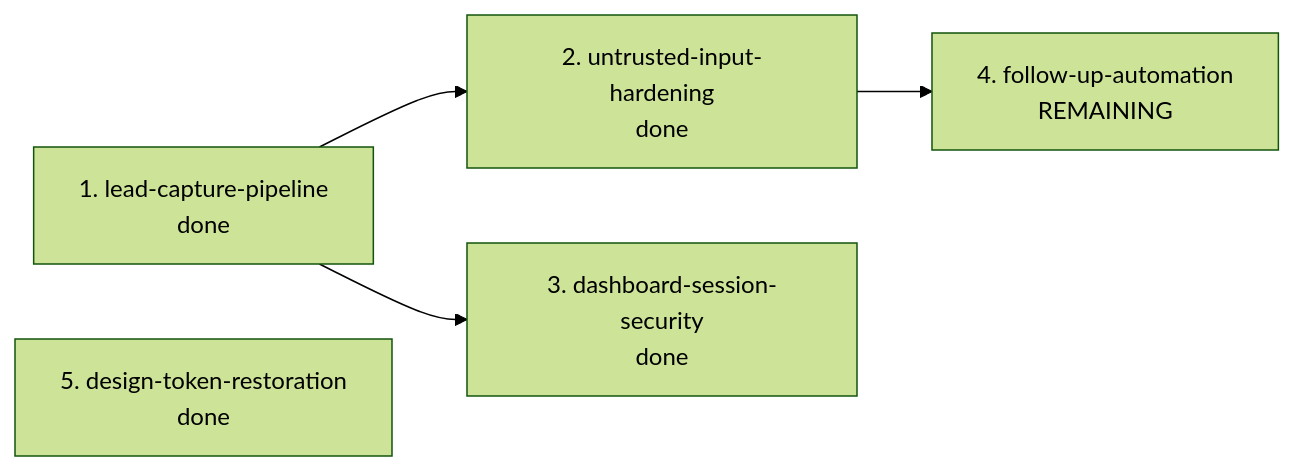
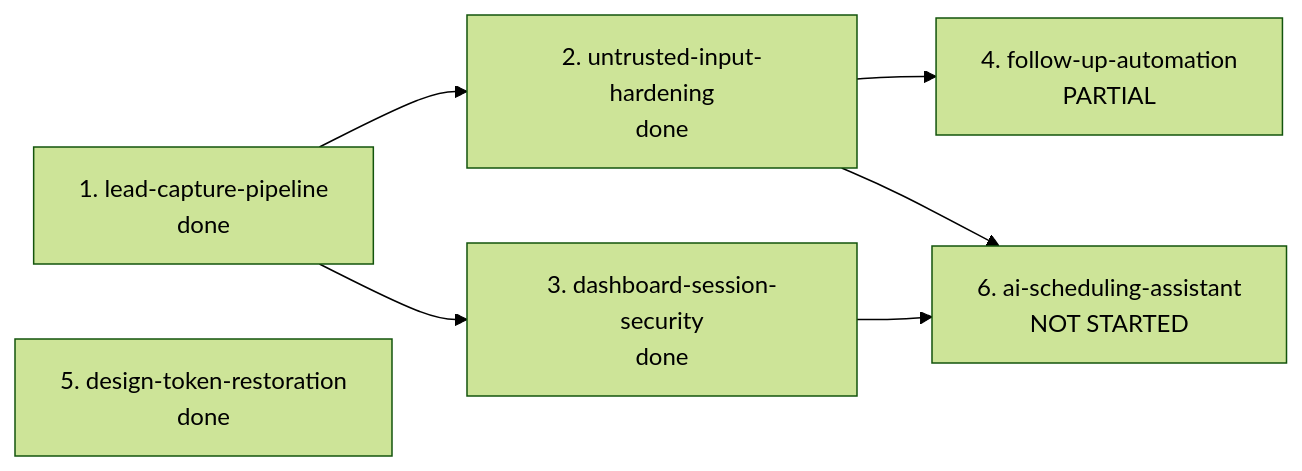
The diagram in .kiro/specs/README.md (kfranklin93/JO), drawn with Mermaid (forest theme) before and after one commit. The commit also changed other lines of this file and 8 other files, not shown here.

````diff
--- a/.kiro/specs/README.md
+++ b/.kiro/specs/README.md
@@ -13,7 +13,9 @@
 ```mermaid
 graph LR
     S1["1. lead-capture-pipeline<br/>done"] --> S2["2. untrusted-input-hardening<br/>done"]
     S1 --> S3["3. dashboard-session-security<br/>done"]
-    S2 --> S4["4. follow-up-automation<br/>REMAINING"]
+    S2 --> S4["4. follow-up-automation<br/>PARTIAL"]
     S5["5. design-token-restoration<br/>done"]
+    S2 --> S6["6. ai-scheduling-assistant<br/>NOT STARTED"]
+    S3 --> S6
 ```
````
